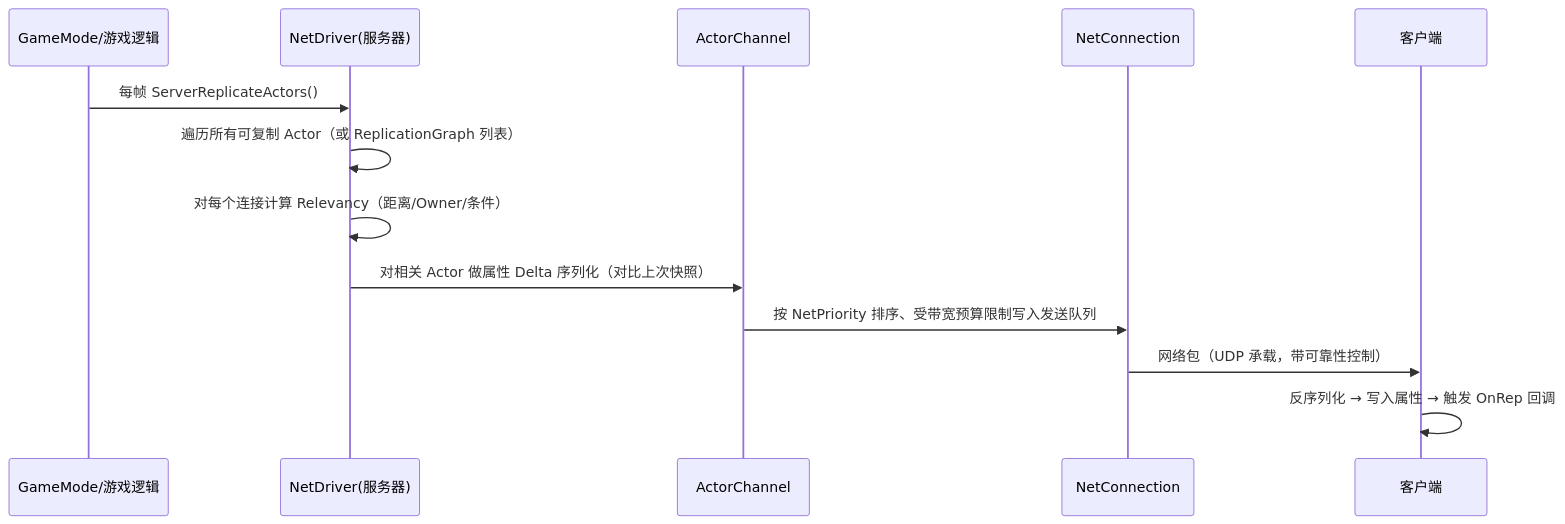
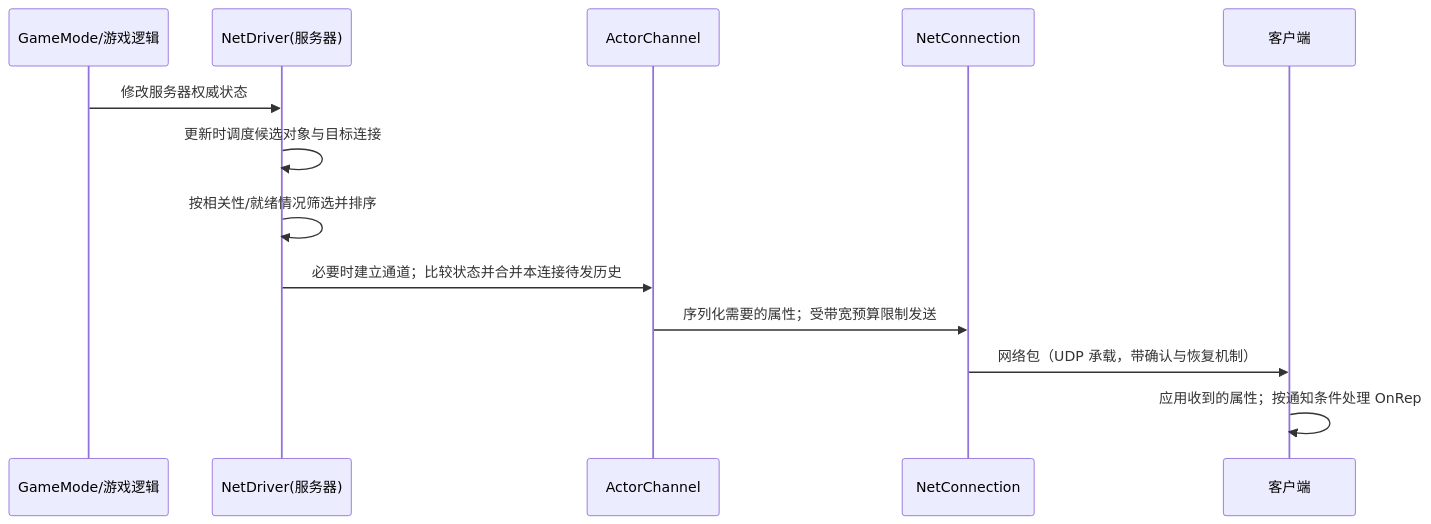
One commit to fantuan812/learning changed the second of 4 diagrams in 知识/07-网络与游戏服务端/状态复制与兴趣管理/01-网络架构与复制基础.md. Above: the diagram before and after it, drawn with Mermaid. The commit also changed other lines of this file and 3 other files, not shown here.

````diff
--- a/知识/07-网络与游戏服务端/状态复制与兴趣管理/01-网络架构与复制基础.md
+++ b/知识/07-网络与游戏服务端/状态复制与兴趣管理/01-网络架构与复制基础.md
@@ -161,15 +163,15 @@
 ```mermaid
 sequenceDiagram
     participant GM as GameMode/游戏逻辑
     participant ND as NetDriver(服务器)
     participant AC as ActorChannel
     participant NC as NetConnection
     participant CL as 客户端
-    GM->>ND: 每帧 ServerReplicateActors()
-    ND->>ND: 遍历所有可复制 Actor（或 ReplicationGraph 列表）
-    ND->>ND: 对每个连接计算 Relevancy（距离/Owner/条件）
-    ND->>AC: 对相关 Actor 做属性 Delta 序列化（对比上次快照）
-    AC->>NC: 按 NetPriority 排序、受带宽预算限制写入发送队列
-    NC->>CL: 网络包（UDP 承载，带可靠性控制）
-    CL->>CL: 反序列化 → 写入属性 → 触发 OnRep 回调
+    GM->>ND: 修改服务器权威状态
+    ND->>ND: 更新时调度候选对象与目标连接
+    ND->>ND: 按相关性/就绪情况筛选并排序
+    ND->>AC: 必要时建立通道；比较状态并合并本连接待发历史
+    AC->>NC: 序列化需要的属性；受带宽预算限制发送
+    NC->>CL: 网络包（UDP 承载，带确认与恢复机制）
+    CL->>CL: 应用收到的属性；按通知条件处理 OnRep
 ```
````
